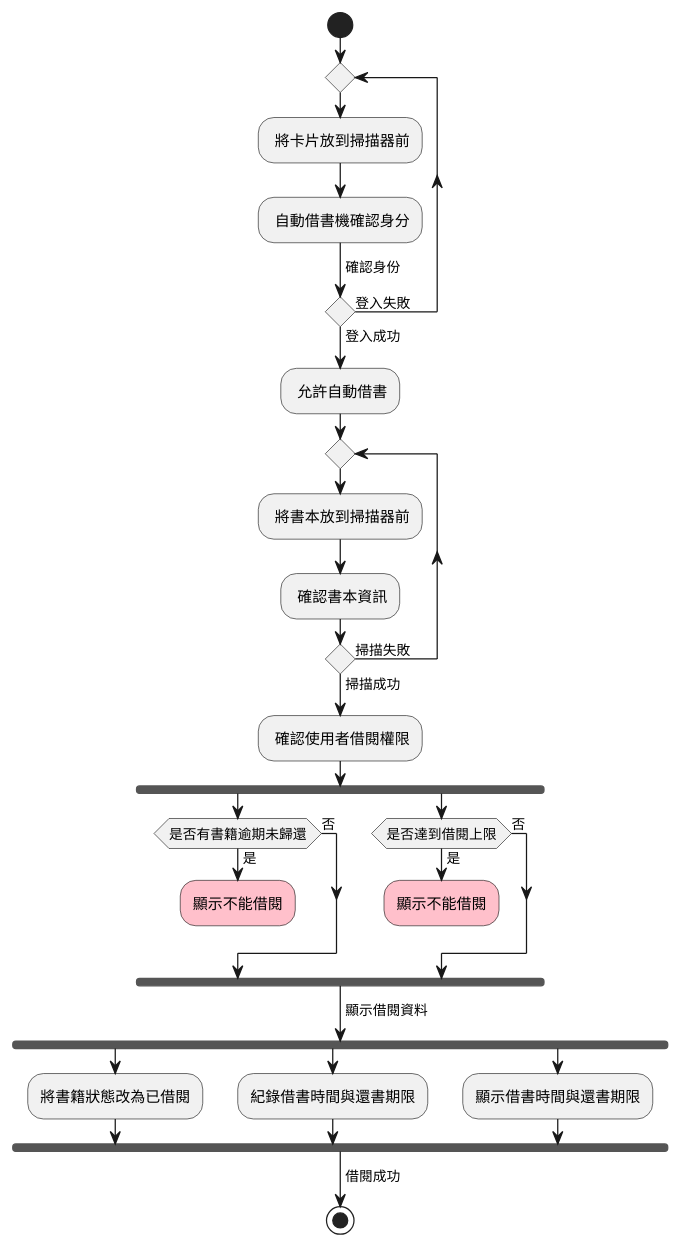
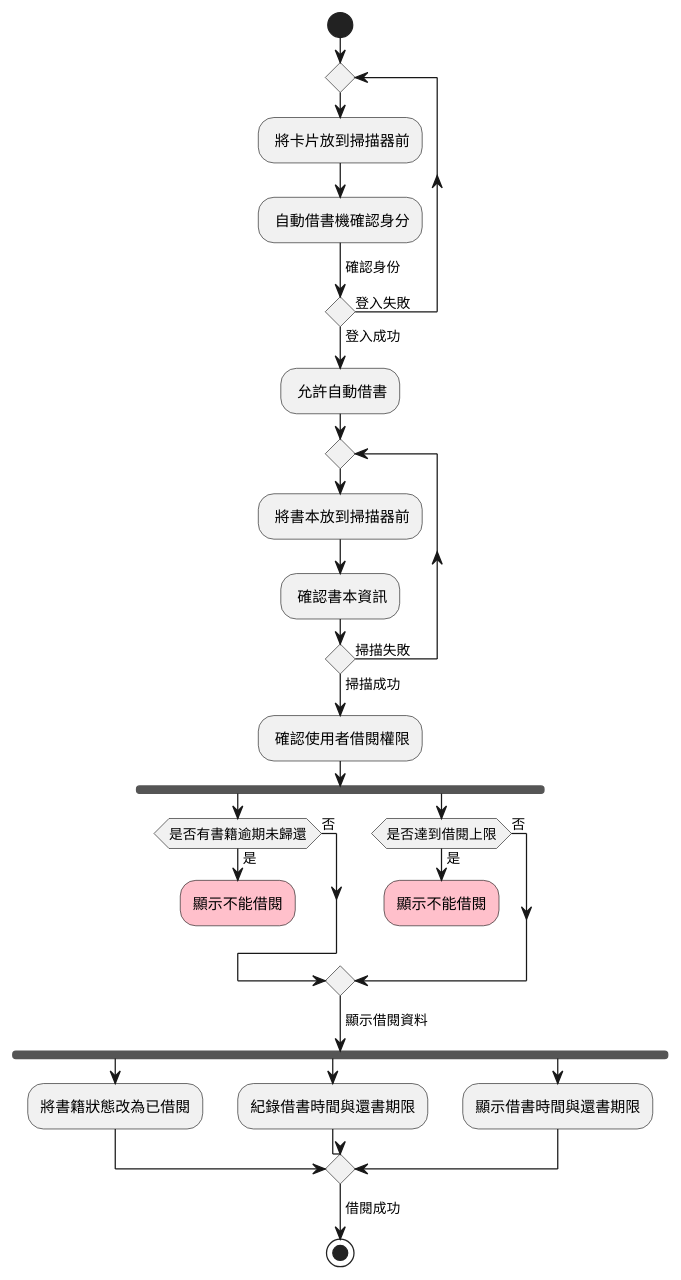
One commit to archie0732/shit--system-analysis changed the diagram in hw3/activity.pu. Above: the diagram before and after it, drawn with PlantUML.

```diff
--- a/hw3/activity.pu
+++ b/hw3/activity.pu
@@ -1,47 +1,47 @@
 @startuml
 start
 
 repeat
  : 將卡片放到掃描器前;
  : 自動借書機確認身分;
 
 -> 確認身份;
 
 repeat while () is (登入失敗) not (登入成功)
 
 : 允許自動借書;
 
 repeat
     : 將書本放到掃描器前;
     : 確認書本資訊;
 repeat while () is (掃描失敗) not (掃描成功)
 
 : 確認使用者借閱權限;
 
 fork
     if(是否有書籍逾期未歸還) then(是)
         #Pink:顯示不能借閱;
         kill
     else (否)
         endif
 fork again
     if(是否達到借閱上限) then (是)
         #Pink:顯示不能借閱;
         kill
     else (否)
         endif
-endfork
+endmerge
 
 -> 顯示借閱資料;
 
 fork
     :將書籍狀態改為已借閱;
 fork again
     :紀錄借書時間與還書期限;
 fork again
     :顯示借書時間與還書期限;
-endfork
+endmerge
 
 ->借閱成功;
 stop
 @enduml
```
